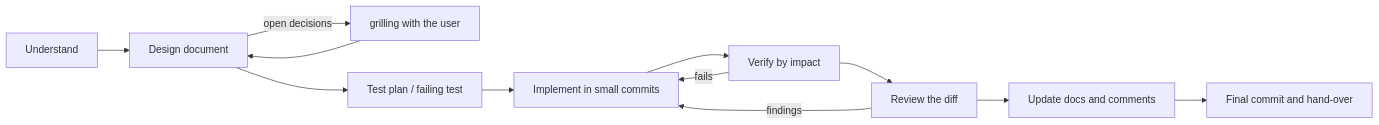
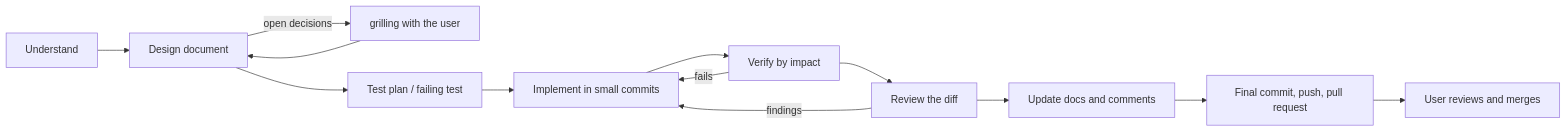
The first of 2 diagrams in docs/workflow.md (SMB-M87/Kinetra), drawn with Mermaid before and after one commit. The commit also changed other lines of this file and 5 other files, not shown here.

First line of the commit message:
docs: let agents push feature branches and open pull requests

````diff
--- a/docs/workflow.md
+++ b/docs/workflow.md
@@ -24,14 +24,15 @@
 ```mermaid
 flowchart LR
     U[Understand] --> D[Design document]
     D -->|open decisions| G[grilling with the user]
     G --> D
     D --> T[Test plan / failing test]
     T --> I[Implement in small commits]
     I --> V[Verify by impact]
     V -->|fails| I
     V --> R[Review the diff]
     R -->|findings| I
     R --> Doc[Update docs and comments]
-    Doc --> C[Final commit and hand-over]
+    Doc --> C[Final commit, push, pull request]
+    C --> M[User reviews and merges]
 ```
````
